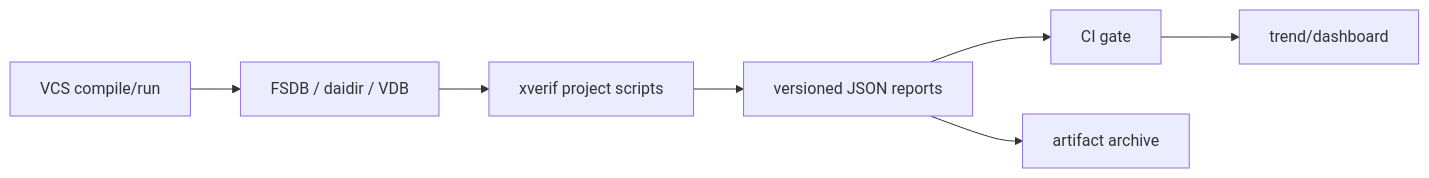
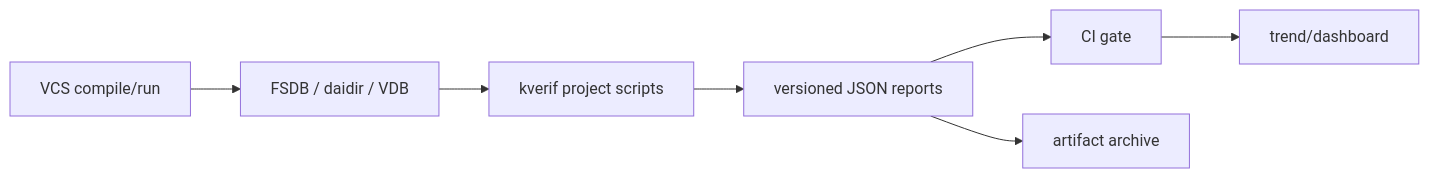
Before and after one commit to ysyx-22040210-yudian/xverif: the second of 2 diagrams in doc/secondary_development_guide.md, drawn with Mermaid. The commit also changed other lines of this file and 2243 other files, not shown here.

Commit message:
Rename project and tools to kverif

````diff
--- a/doc/secondary_development_guide.md
+++ b/doc/secondary_development_guide.md
@@ -903,9 +903,9 @@
 ```mermaid
 flowchart LR
     Build["VCS compile/run"] --> DB["FSDB / daidir / VDB"]
-    DB --> Analyze["xverif project scripts"]
+    DB --> Analyze["kverif project scripts"]
     Analyze --> JSON["versioned JSON reports"]
     JSON --> Gate["CI gate"]
     JSON --> Archive["artifact archive"]
     Gate --> Dashboard["trend/dashboard"]
 ```
````
